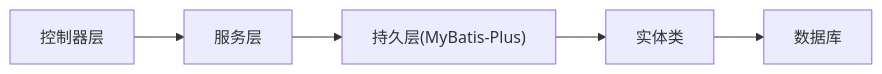
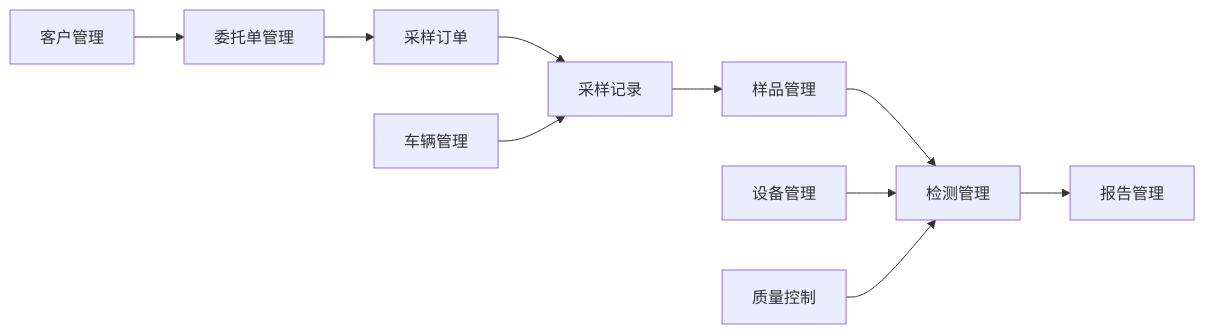
Before and after one commit to liming-lihaini/workflow: the third of 3 diagrams in .qoder/repowiki/zh/content/数据库设计/数据库设计.md, drawn with Mermaid. The commit also changed other lines of this file and 45 other files, not shown here.

````diff
--- a/.qoder/repowiki/zh/content/数据库设计/数据库设计.md
+++ b/.qoder/repowiki/zh/content/数据库设计/数据库设计.md
@@ -485,7 +673,12 @@
 ```mermaid
 graph LR
-Controller["控制器层"] --> Service["服务层"]
-Service --> Mapper["持久层(MyBatis-Plus)"]
-Mapper --> Entity["实体类"]
-Entity --> DB["数据库"]
+Customer["客户管理"] --> Entrust["委托单管理"]
+Entrust --> SamplingOrder["采样订单"]
+SamplingOrder --> SamplingRecord["采样记录"]
+SamplingRecord --> Sample["样品管理"]
+Sample --> Detection["检测管理"]
+Detection --> Report["报告管理"]
+Instrument["设备管理"] --> Detection
+Vehicle["车辆管理"] --> SamplingRecord
+QualityControl["质量控制"] --> Detection
 ```
````
